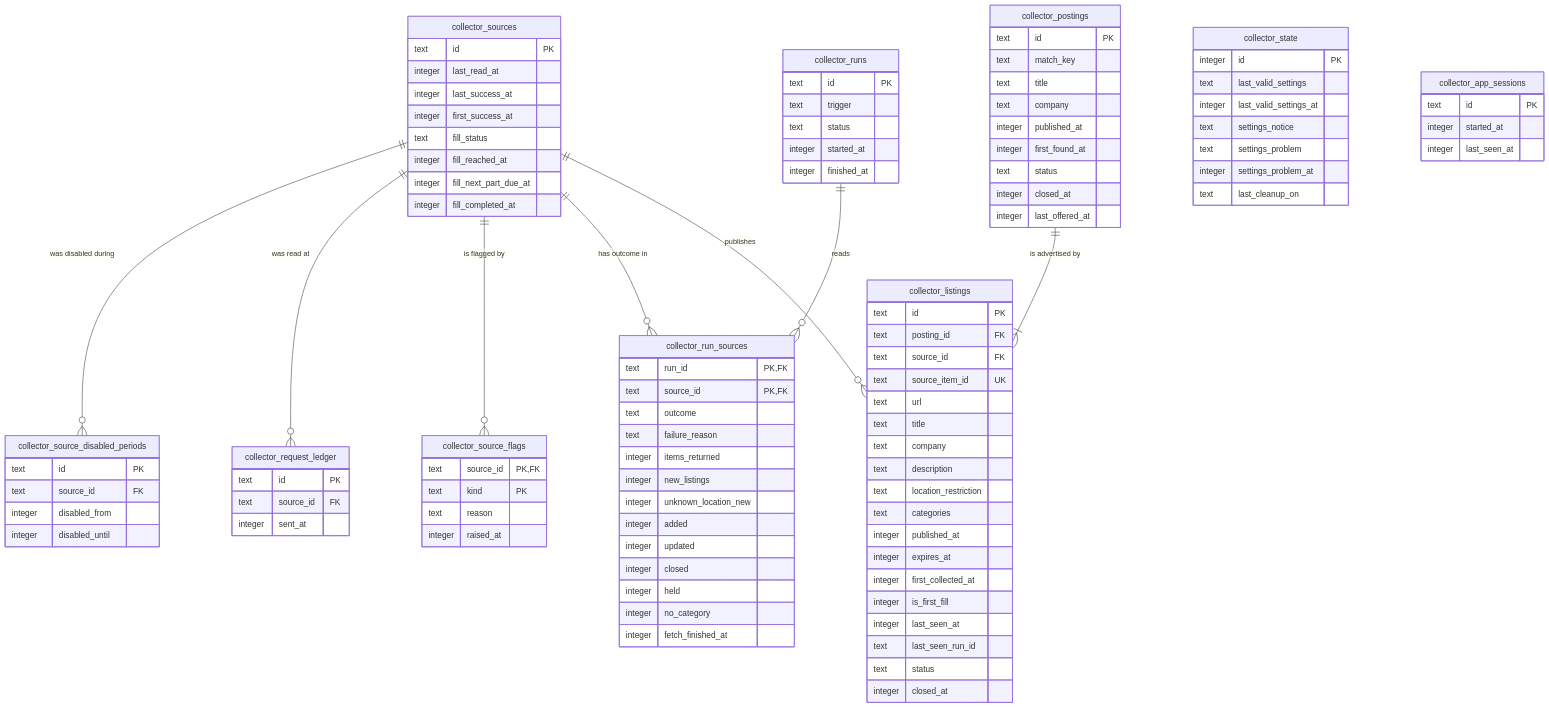
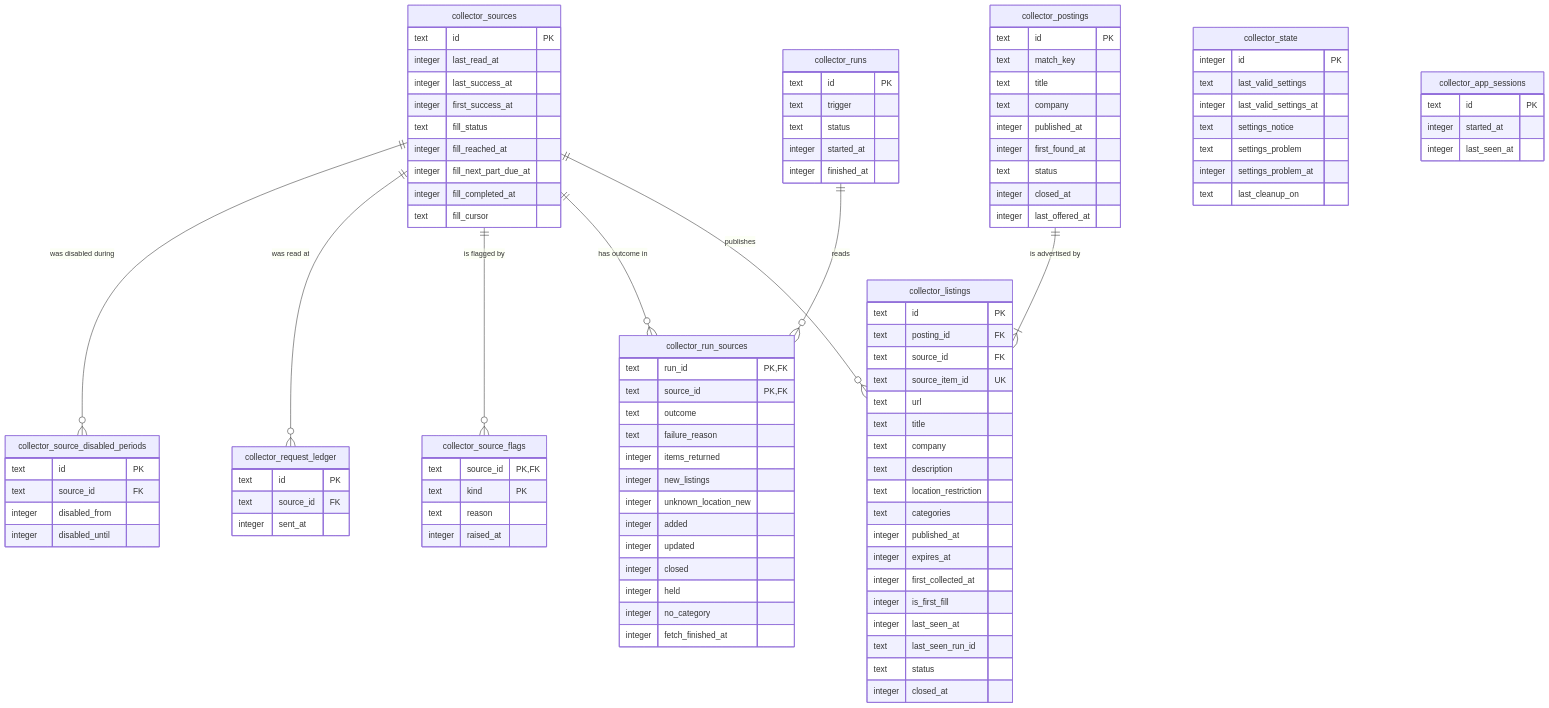
One commit to DeveloperFromUkraine/job-radar changed the diagram in docs/features/remote-boards-collector/data-model.md. Above: the diagram before and after it, drawn with Mermaid. The commit also changed other lines of this file and 18 other files, not shown here.

```diff
--- a/docs/features/remote-boards-collector/data-model.md
+++ b/docs/features/remote-boards-collector/data-model.md
@@ -40,6 +40,7 @@
         integer fill_reached_at
         integer fill_next_part_due_at
         integer fill_completed_at
+        text fill_cursor
     }
     collector_source_disabled_periods {
         text id PK
```
